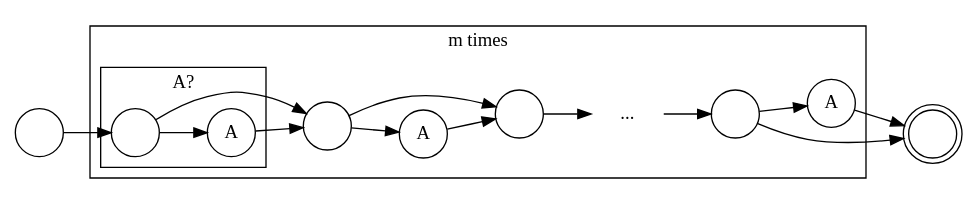
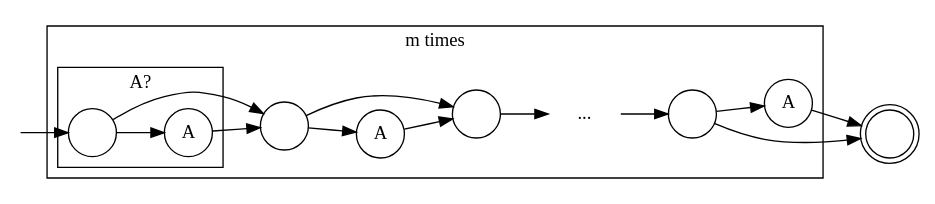
One commit to hkapp/conq changed the diagram in doc/img/nfa/repeat-at-most-m-times.dot. Above: the diagram before and after it, drawn with Graphviz. The commit also changed 14 other files, not shown here.

```diff
--- a/doc/img/nfa/repeat-at-most-m-times.dot
+++ b/doc/img/nfa/repeat-at-most-m-times.dot
@@ -1,42 +1,42 @@
 digraph G {
   node [shape=circle, label=""]
   rankdir=LR
   
-  init [label=""]
+  init [label="", shape=point, style=invis]
   init -> s1
   
   subgraph cluster0 {
     label="m times"
     
     subgraph cluster1 {
       label="A?"
       
       s1 [label=""]
       A1 [label="A"]
       s1 -> A1
     }
     s1 -> s2
     A1 -> s2
     
     s2 [label=""]
     A2 [label=A]
     s2 -> A2
     s2 -> s3
     A2 -> s3
     
     s3 -> ellipse
     
     ellipse [label="...", shape=none]
     ellipse -> sn
     
     sn [label=""]
     An [label=A]
     sn -> An
   }
 
   sn -> accept
   An -> accept
 
   accept [label="", shape=doublecircle]
   
 }
```
